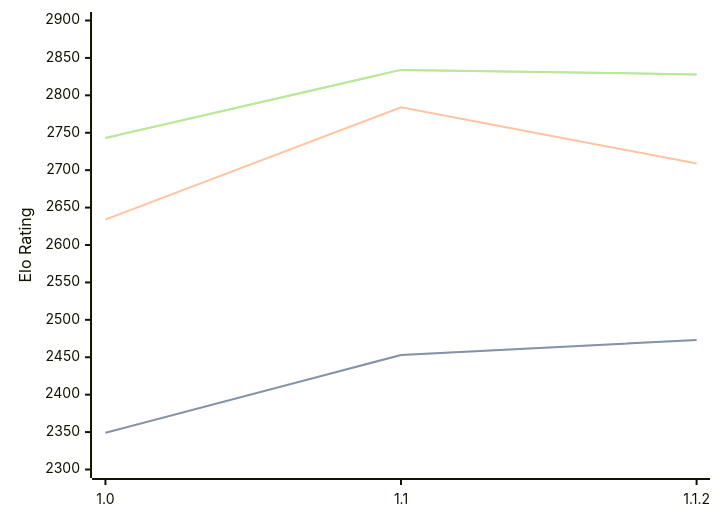
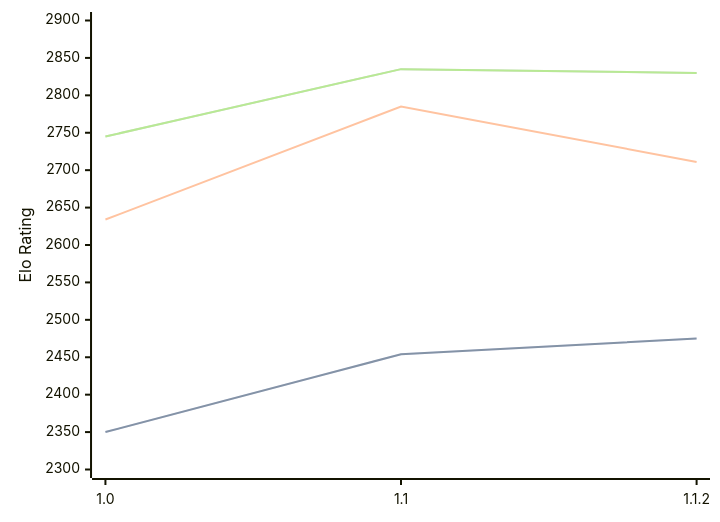
Before and after one commit to computer-chess-index/cci: the diagram in engines/Casanchess.md, drawn with Mermaid. The commit also changed other lines of this file, not shown here.

Commit message:
Update CCI Ratings (ELO VLTC) - 2026-10-09

````diff
--- a/engines/Casanchess.md
+++ b/engines/Casanchess.md
@@ -34,11 +34,11 @@
 ```mermaid
 %%{init: {"theme":"base","themeVariables":{"seriesColors:['#a3a3a3','#222221','#faa371']}}}%%
 xychart-beta
   x-axis ["1.0", "1.1", "1.1.2"]
   y-axis "Elo Rating" 2300 --> 2900
-  line "" [2349, 2453, 2473]
-  line "STC (8.0+0.08s)" [2349, 2453, 2473]
-  line "LTC (60.0+0.60s)" [2634, 2784, 2709]
-  line "" [2743, 2834, 2828]
-  line "VLTC (2m24s+1.12s)" [2743, 2834, 2828]
+  line "" [2350, 2454, 2475]
+  line "STC (8.0+0.08s)" [2350, 2454, 2475]
+  line "LTC (60.0+0.60s)" [2634, 2785, 2711]
+  line "" [2745, 2835, 2830]
+  line "VLTC (2m24s+1.12s)" [2745, 2835, 2830]
 ```
````
